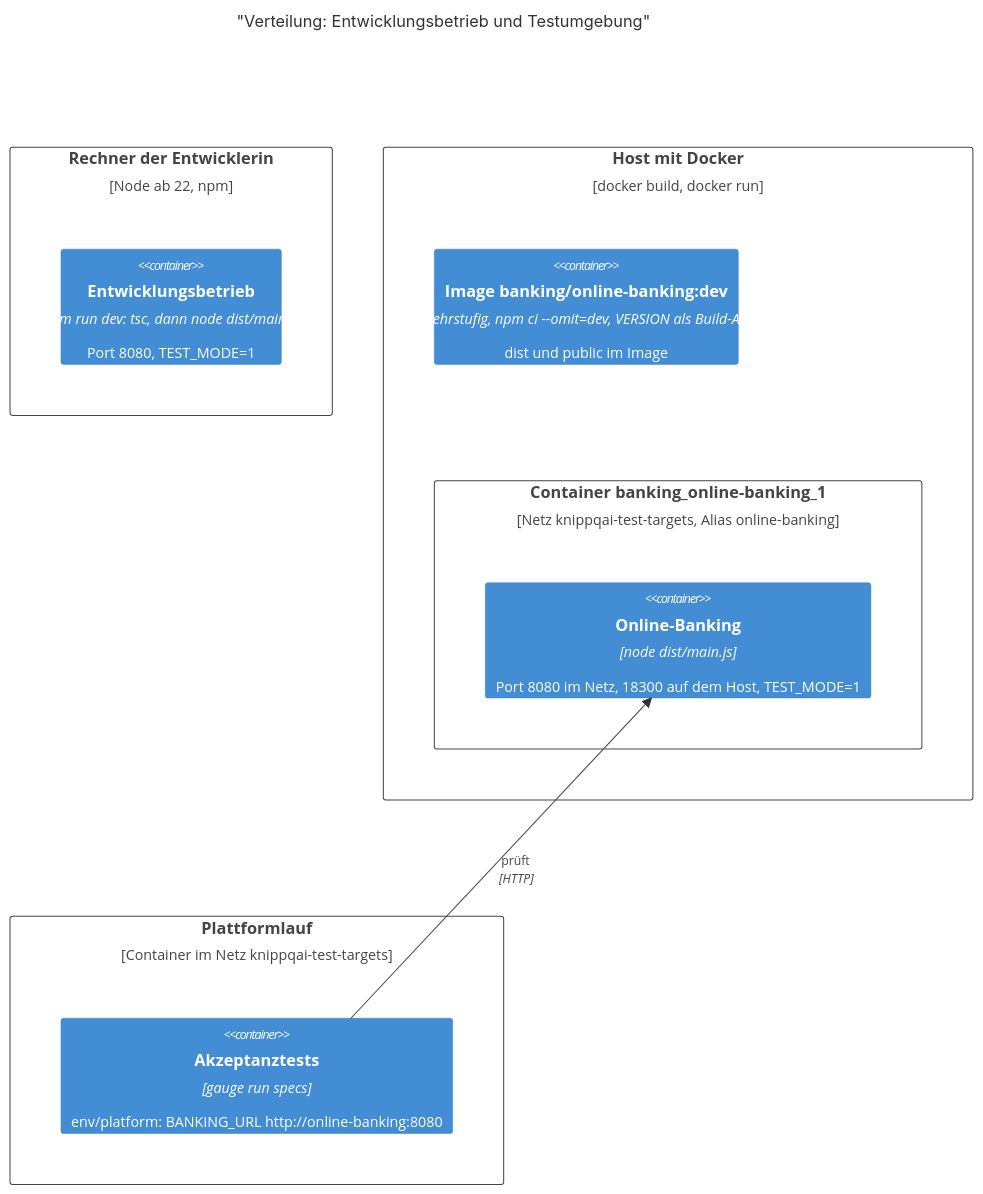
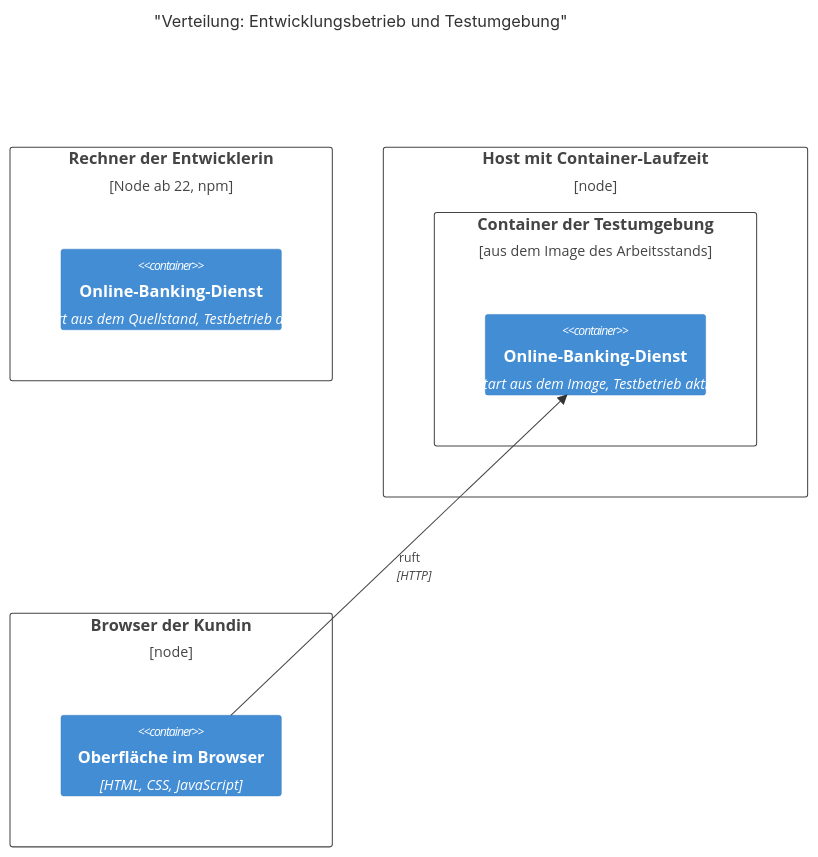
One commit to dakn85/online-banking changed the sixth of 6 diagrams in docs/architecture.md. Above: the diagram before and after it, drawn with Mermaid. The commit also changed other lines of this file and 1 other file, not shown here.

First line of the commit message:
PK-5: KI-Vorschlag übernommen: Architektur: alle arc42-Abschnitte auf Architekturebene neu schreiben

````diff
--- a/docs/architecture.md
+++ b/docs/architecture.md
@@ -192,17 +159,16 @@
 ```mermaid
 C4Deployment
     title "Verteilung: Entwicklungsbetrieb und Testumgebung"
     Deployment_Node(rechner, "Rechner der Entwicklerin", "Node ab 22, npm") {
-        Container(dev, "Entwicklungsbetrieb", "npm run dev: tsc, dann node dist/main.js", "Port 8080, TEST_MODE=1")
+        Container(devdienst, "Online-Banking-Dienst", "Start aus dem Quellstand, Testbetrieb aktiv")
     }
-    Deployment_Node(host, "Host mit Docker", "docker build, docker run") {
-        Container(image, "Image banking/online-banking:dev", "mehrstufig, npm ci --omit=dev, VERSION als Build-Arg", "dist und public im Image")
-        Deployment_Node(netz, "Container banking_online-banking_1", "Netz knippqai-test-targets, Alias online-banking") {
-            Container(dienst, "Online-Banking", "node dist/main.js", "Port 8080 im Netz, 18300 auf dem Host, TEST_MODE=1")
+    Deployment_Node(host, "Host mit Container-Laufzeit") {
+        Deployment_Node(container, "Container der Testumgebung", "aus dem Image des Arbeitsstands") {
+            Container(testdienst, "Online-Banking-Dienst", "Start aus dem Image, Testbetrieb aktiv")
         }
     }
-    Deployment_Node(plattform, "Plattformlauf", "Container im Netz knippqai-test-targets") {
-        Container(gauge, "Akzeptanztests", "gauge run specs", "env/platform: BANKING_URL http://online-banking:8080")
+    Deployment_Node(browser, "Browser der Kundin") {
+        Container(oberflaeche, "Oberfläche im Browser", "HTML, CSS, JavaScript")
     }
-    Rel(gauge, dienst, "prüft", "HTTP")
+    Rel(oberflaeche, testdienst, "ruft", "HTTP")
 ```
````
